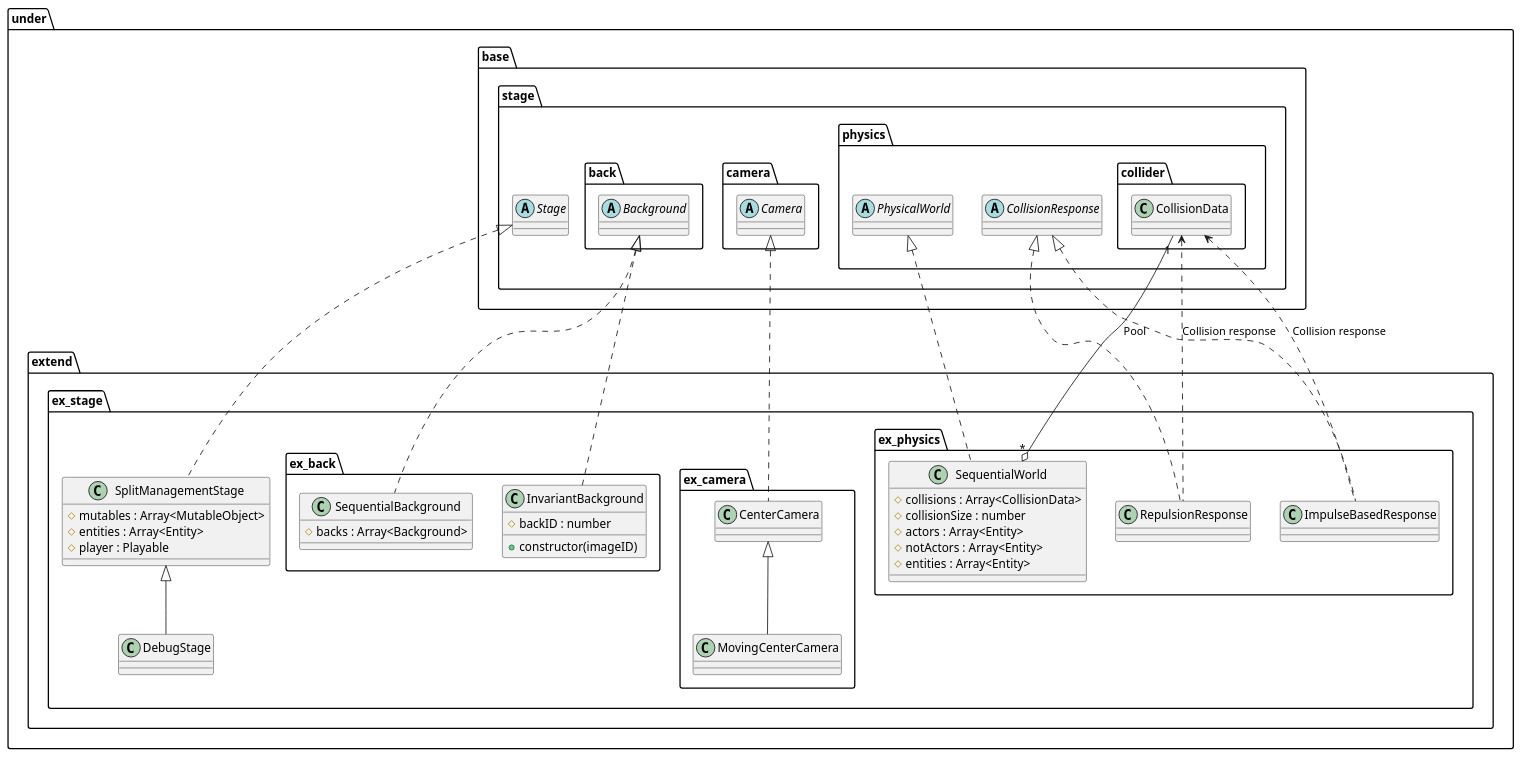
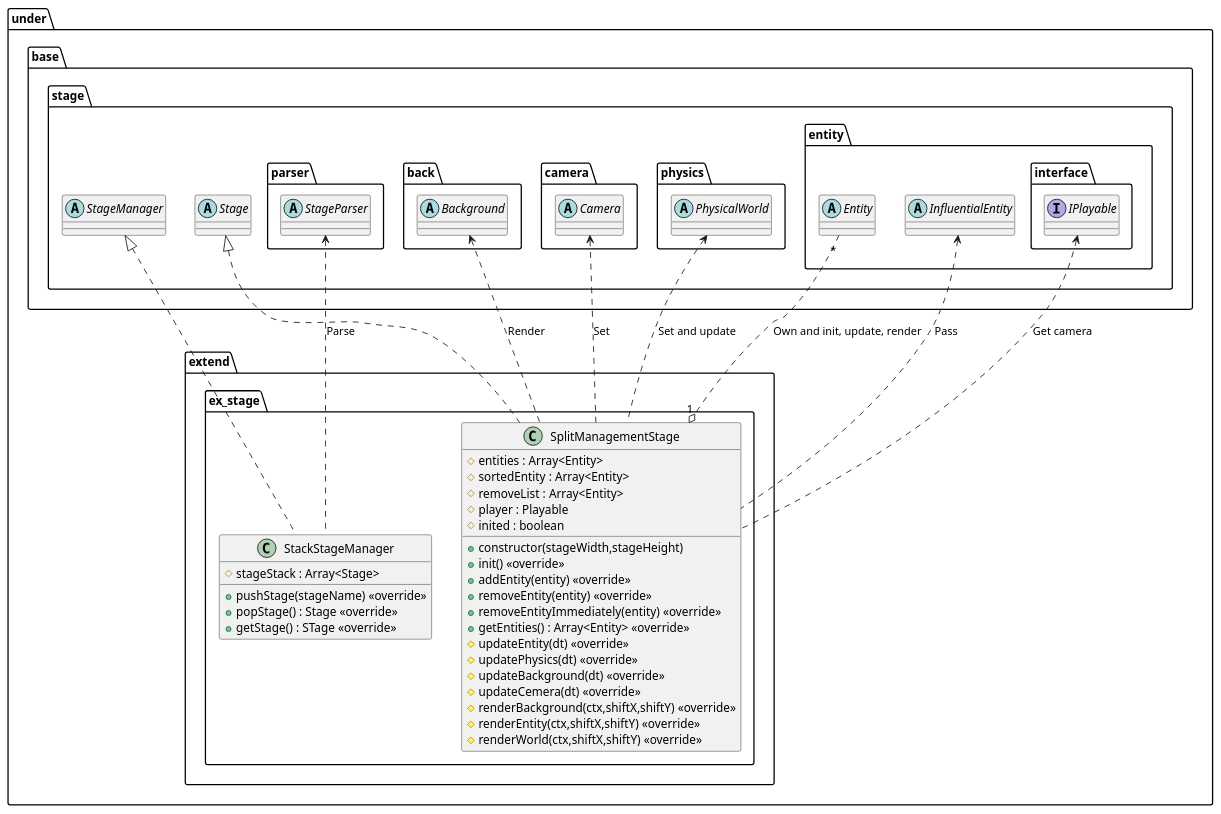
One commit to Expine/Under changed the diagram in uml/stage/Extend.wsd. Above: the diagram before and after it, drawn with PlantUML. The commit also changed 75 other files, not shown here.

Commit message:
Fix stage system, abstract collision data

```diff
--- a/uml/stage/Extend.wsd
+++ b/uml/stage/Extend.wsd
@@ -1,75 +1,74 @@
 @startuml StageExtend
 package under {
     package extend {
         package ex_stage {
+            class StackStageManager {
+                #stageStack : Array<Stage>
+                +pushStage(stageName) <<override>>
+                +popStage() : Stage <<override>>
+                +getStage() : STage <<override>>
+            }
             class SplitManagementStage {
-                #mutables : Array<MutableObject>
+                +constructor(stageWidth,stageHeight)
                 #entities : Array<Entity>
+                #sortedEntity : Array<Entity>
+                #removeList : Array<Entity>
                 #player : Playable
-            }
-            class DebugStage
-            package ex_back {
-                class SequentialBackground {
-                    #backs : Array<Background>
-                }
-                class InvariantBackground {
-                    +constructor(imageID)
-                    #backID : number
-                }
-            }
-            package ex_camera {
-                class CenterCamera
-                class MovingCenterCamera
-            }
-
-            package ex_physics {
-                class SequentialWorld {
-                    #collisions : Array<CollisionData>
-                    #collisionSize : number
-                    #actors : Array<Entity>
-                    #notActors : Array<Entity>
-                    #entities : Array<Entity>
-                }
-                class ImpulseBasedResponse
-                class RepulsionResponse
+                #inited : boolean
+                +init() <<override>>
+                +addEntity(entity) <<override>>
+                +removeEntity(entity) <<override>>
+                +removeEntityImmediately(entity) <<override>>
+                +getEntities() : Array<Entity> <<override>>
+                #updateEntity(dt) <<override>>
+                #updatePhysics(dt) <<override>>
+                #updateBackground(dt) <<override>>
+                #updateCemera(dt) <<override>>
+                #renderBackground(ctx,shiftX,shiftY) <<override>>
+                #renderEntity(ctx,shiftX,shiftY) <<override>>
+                #renderWorld(ctx,shiftX,shiftY) <<override>>
             }
         }
     }
 }
 
 package under {
     package base {
         package stage {
             abstract Stage
+            abstract StageManager
+            package parser {
+                abstract StageParser
+            }
             package back {
                 abstract Background
             }
             package camera {
                 abstract Camera
             }
             package physics {
                 abstract PhysicalWorld
-                abstract CollisionResponse
-                package collider {
-                    class CollisionData
+            }
+            package entity {
+                package interface {
+                    interface IPlayable
                 }
+                abstract Entity
+                abstract InfluentialEntity
             }
         }
     }
 }
 
-CollisionData <.. ImpulseBasedResponse : Collision response
-CollisionData <.. RepulsionResponse : Collision response
-CollisionData "1"--o "*"SequentialWorld : Pool
+StageParser <.. StackStageManager : Parse
+Entity "*" ..o "1" SplitManagementStage : Own and init, update, render
+IPlayable <.. SplitManagementStage : Get camera
+InfluentialEntity <.. SplitManagementStage : Pass
+Camera <.. SplitManagementStage : Set
+Background <.. SplitManagementStage : Render
+PhysicalWorld <.. SplitManagementStage : Set and update
 
+StageManager <|.. StackStageManager
 Stage <|.. SplitManagementStage
-SplitManagementStage <|-- DebugStage
-Camera <|.. CenterCamera
-CenterCamera <|-- MovingCenterCamera
-Background <|.. SequentialBackground
-Background <|.. InvariantBackground
-PhysicalWorld <|.. SequentialWorld
-CollisionResponse <|.. ImpulseBasedResponse
-CollisionResponse <|.. RepulsionResponse
 
 @enduml
```
